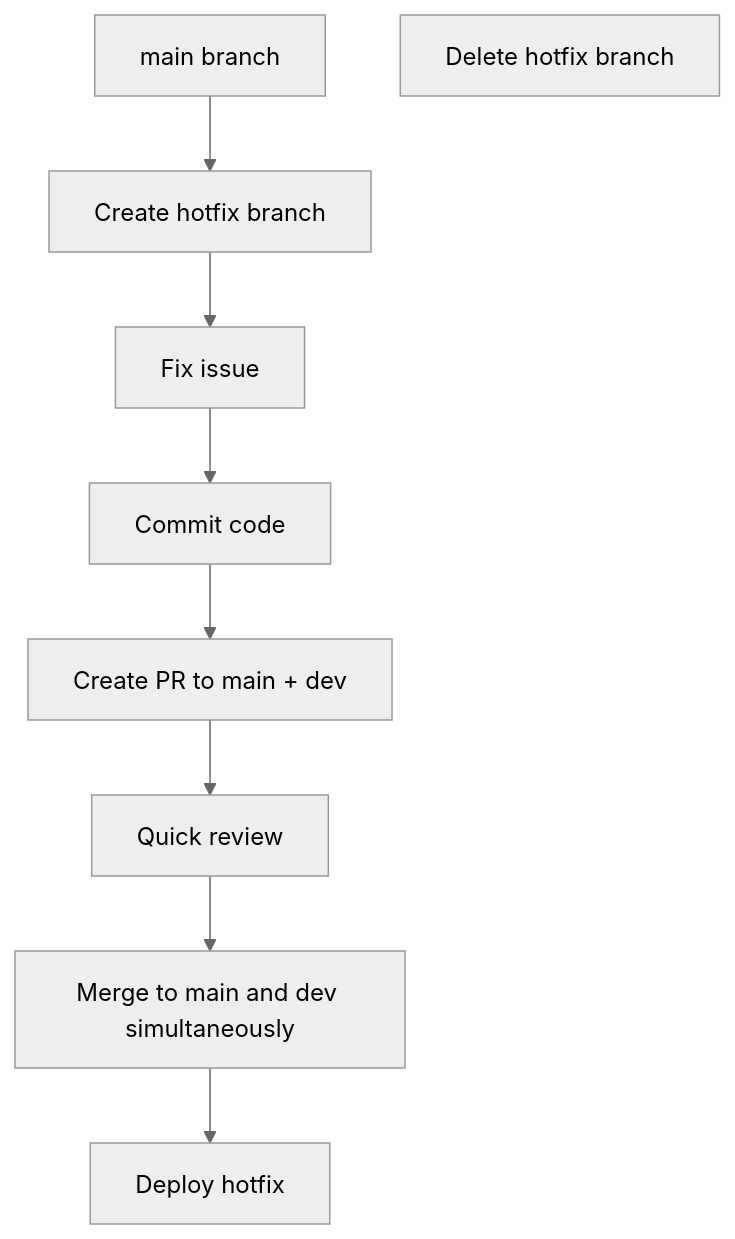
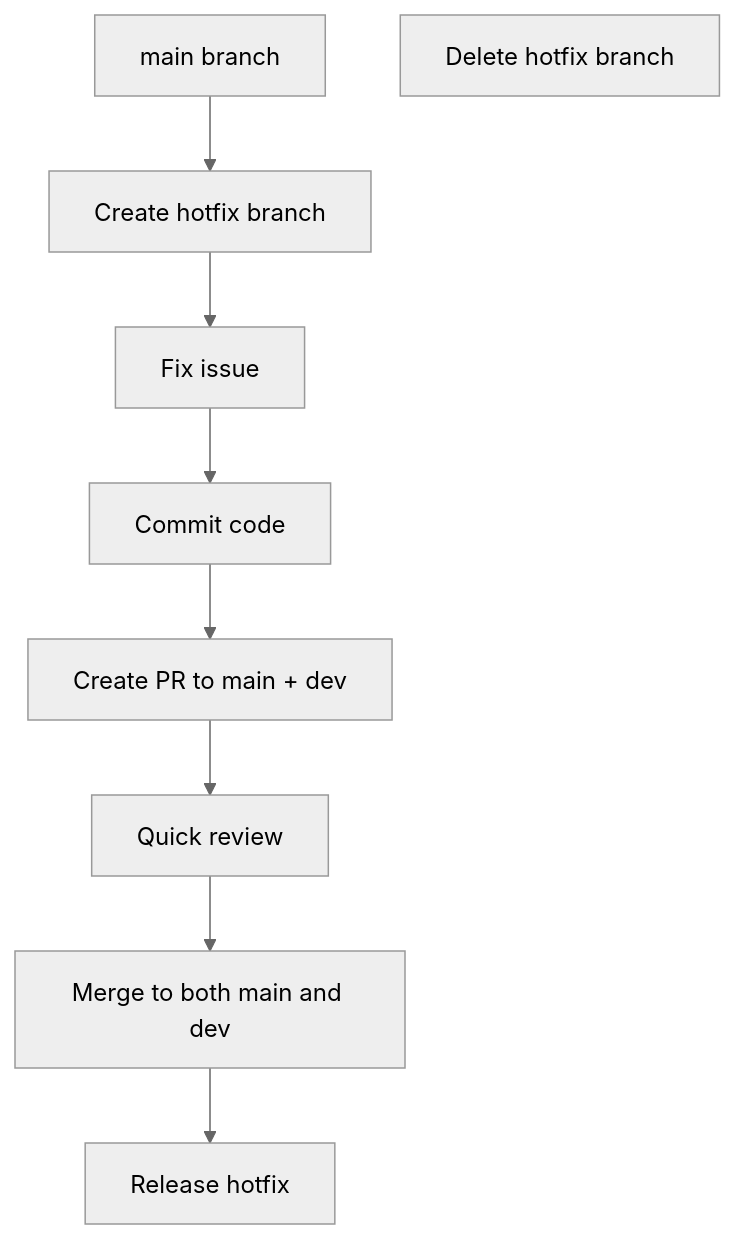
Before and after one commit to ChenXu233/YaoXiang: the second of 3 diagrams in docs/src/en/dev/branch-maintenance-guide.md, drawn with Mermaid (neutral theme). The commit also changed other lines of this file and 163 other files, not shown here.

````diff
--- a/docs/src/en/dev/branch-maintenance-guide.md
+++ b/docs/src/en/dev/branch-maintenance-guide.md
@@ -168,11 +167,11 @@
 ```mermaid
 graph TD
     A[main branch] --> B[Create hotfix branch]
     B --> C[Fix issue]
     C --> D[Commit code]
     D --> E[Create PR to main + dev]
     E --> F[Quick review]
-    F --> G[Merge to main and dev simultaneously]
-    G --> H[Deploy hotfix]
+    F --> G[Merge to both main and dev]
+    G --> H[Release hotfix]
     I[Delete hotfix branch]
 ```
````
